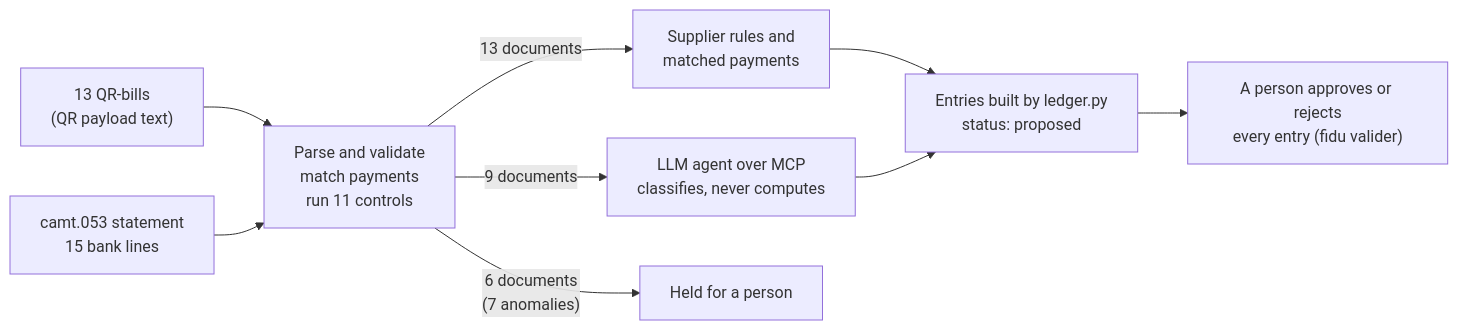
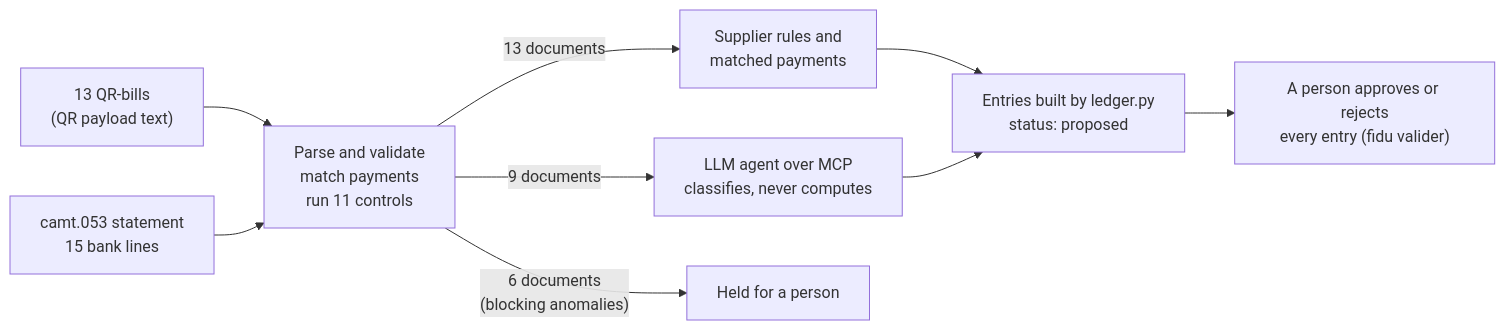
One commit to Pchambet/fiduciaire-agent changed the diagram in README.md. Above: the diagram before and after it, drawn with Mermaid. The commit also changed other lines of this file, not shown here.

First line of the commit message:
docs: lead the README with the triage diagram and state the held documents exactly

````diff
--- a/README.md
+++ b/README.md
@@ -61,11 +13,11 @@
 ```mermaid
 flowchart LR
     Q["13 QR-bills<br/>(QR payload text)"] --> P
     C["camt.053 statement<br/>15 bank lines"] --> P
     P["Parse and validate<br/>match payments<br/>run 11 controls"] -->|13 documents| R["Supplier rules and<br/>matched payments"]
     P -->|9 documents| A["LLM agent over MCP<br/>classifies, never computes"]
-    P -->|"6 documents<br/>(7 anomalies)"| H["Held for a person"]
+    P -->|"6 documents<br/>(blocking anomalies)"| H["Held for a person"]
     R --> E["Entries built by ledger.py<br/>status: proposed"]
     A --> E
     E --> V["A person approves or rejects<br/>every entry (fidu valider)"]
 ```
````
